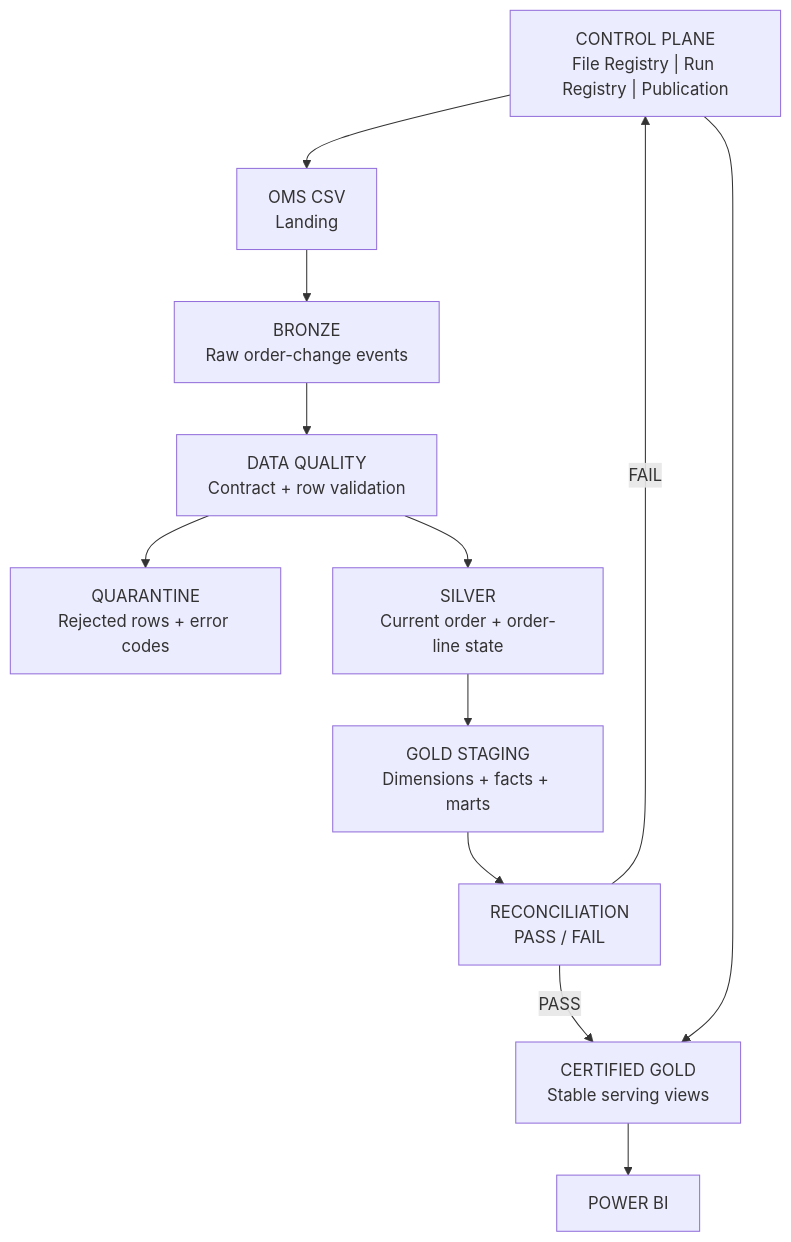
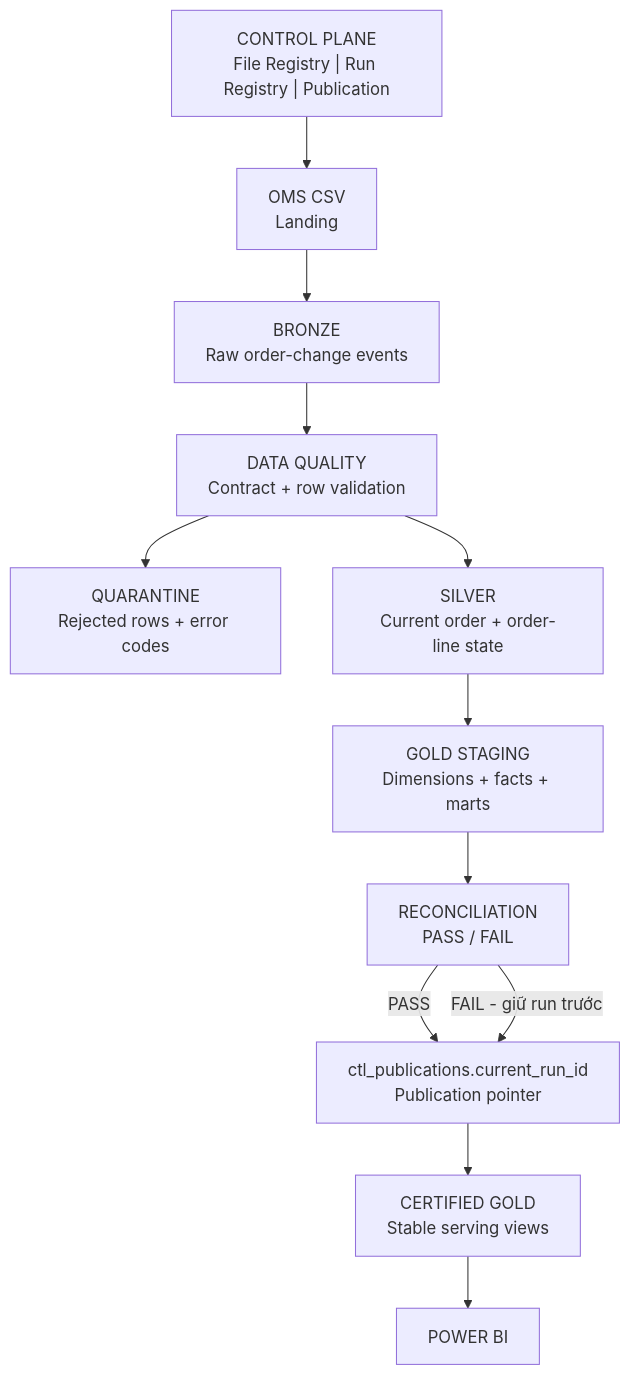
Before and after one commit to abyssync-lab/Ecommerce-Lakehouse-Analytics: the diagram in README.md, drawn with Mermaid. The commit also changed other lines of this file and 15 other files, not shown here.

```diff
--- a/README.md
+++ b/README.md
@@ -50,25 +54,26 @@
 ~~~mermaid
 flowchart TD
     CONTROL["CONTROL PLANE<br/>File Registry | Run Registry | Publication"]
     LANDING["OMS CSV<br/>Landing"]
     BRONZE["BRONZE<br/>Raw order-change events"]
     QUALITY["DATA QUALITY<br/>Contract + row validation"]
     QUARANTINE["QUARANTINE<br/>Rejected rows + error codes"]
     SILVER["SILVER<br/>Current order + order-line state"]
     GOLD["GOLD STAGING<br/>Dimensions + facts + marts"]
     RECON["RECONCILIATION<br/>PASS / FAIL"]
+    POINTER["ctl_publications.current_run_id<br/>Publication pointer"]
     CERTIFIED["CERTIFIED GOLD<br/>Stable serving views"]
     PBI["POWER BI"]
 
     CONTROL --> LANDING
     LANDING --> BRONZE
     BRONZE --> QUALITY
     QUALITY --> QUARANTINE
     QUALITY --> SILVER
     SILVER --> GOLD
     GOLD --> RECON
-    RECON -->|PASS| CERTIFIED
-    RECON -->|FAIL| CONTROL
-    CONTROL --> CERTIFIED
+    RECON -->|PASS| POINTER
+    RECON -->|FAIL - giữ run trước| POINTER
+    POINTER --> CERTIFIED
     CERTIFIED --> PBI
 ~~~
```
